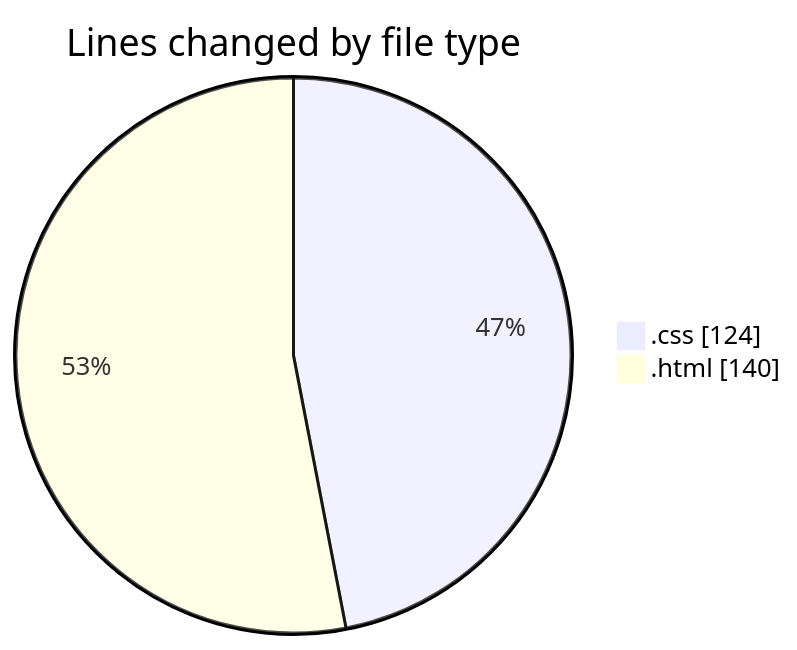
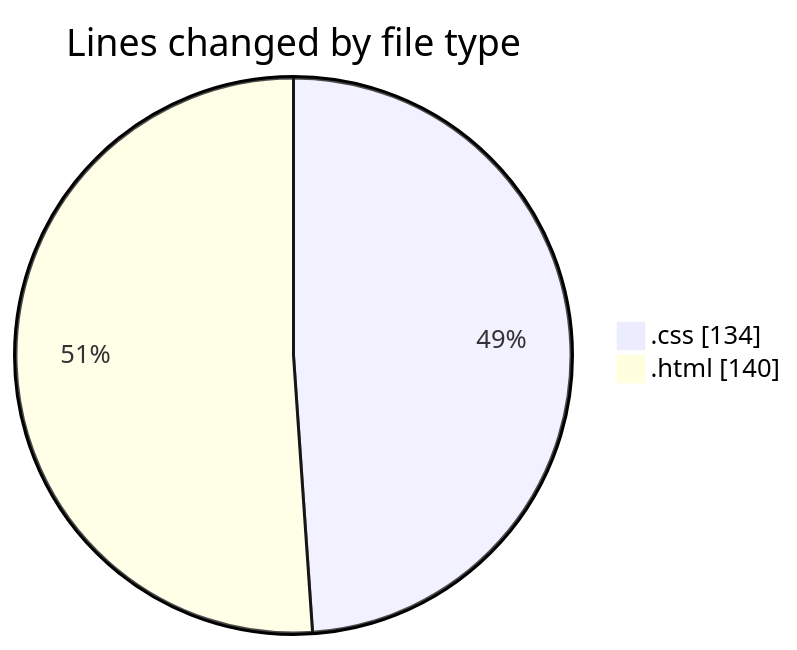
One commit to NitaiMahat/code-tracking changed the first of 2 diagrams in 2025-02-07/recipe-page-main/README.md. Above: the diagram before and after it, drawn with Mermaid. The commit also changed other lines of this file and 1 other file, not shown here.

````diff
--- a/2025-02-07/recipe-page-main/README.md
+++ b/2025-02-07/recipe-page-main/README.md
@@ -21,6 +21,6 @@
 ```mermaid
 pie showData
 title Lines changed by file type
-".css" : 124
+".css" : 134
 ".html" : 140
 ```
````
